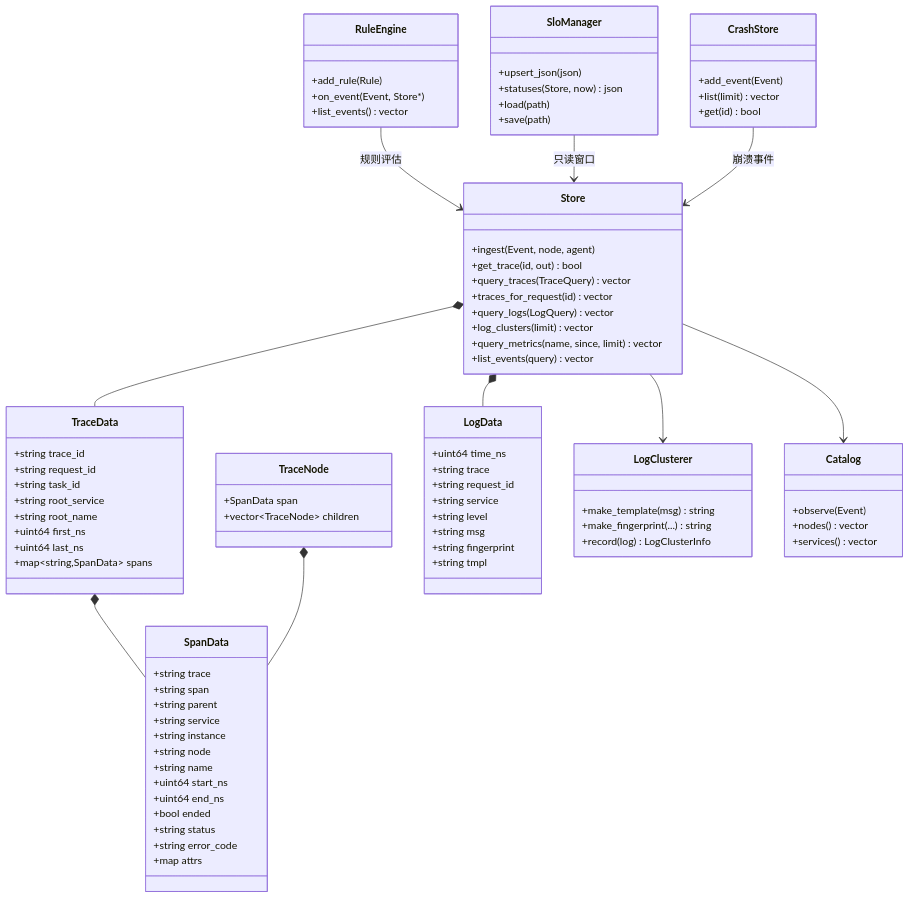
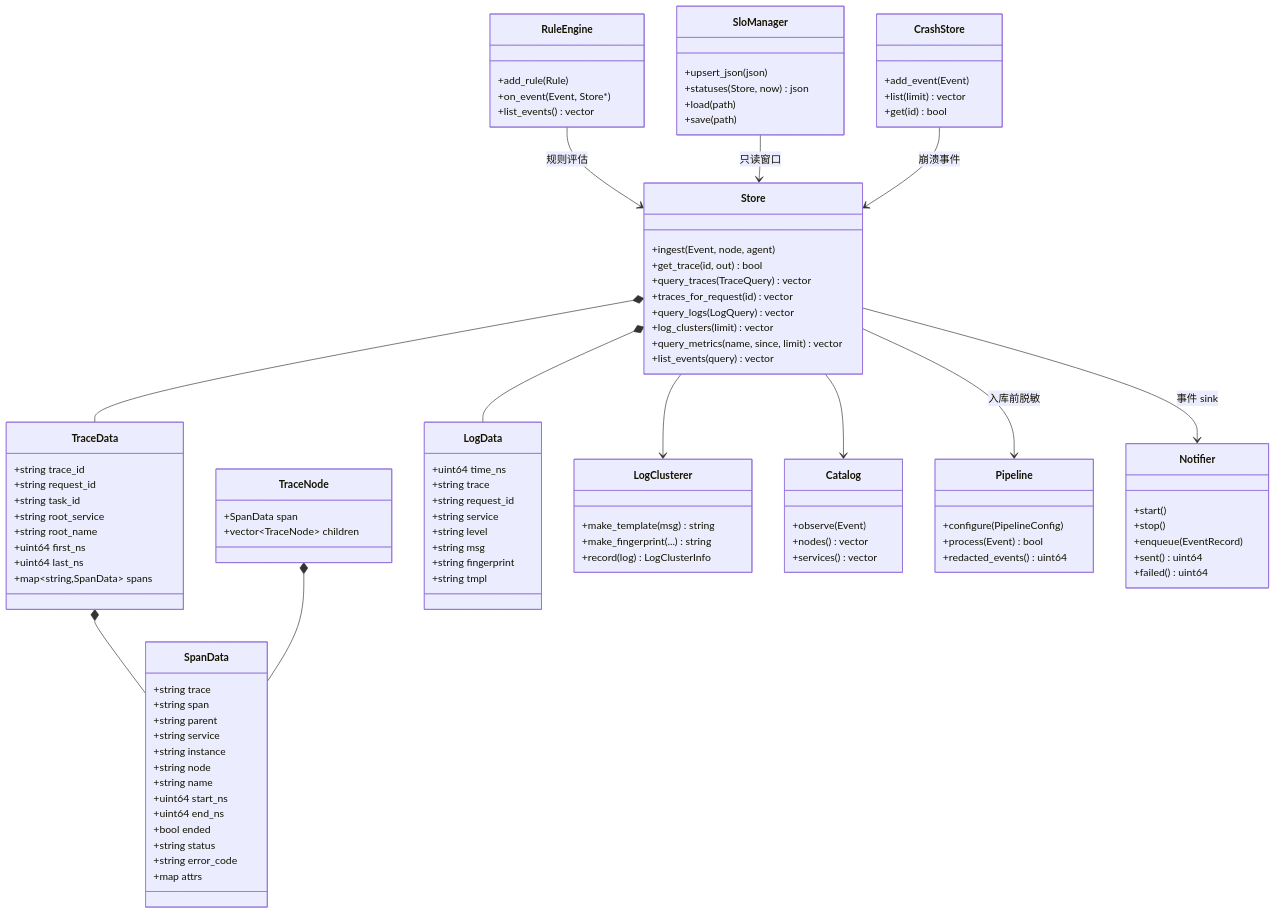
One commit to git163/CplusTrace changed the fourth of 14 diagrams in docs/module-design.md. Above: the diagram before and after it, drawn with Mermaid. The commit also changed other lines of this file and 27 other files, not shown here.

First line of the commit message:
补齐模块设计图、客户端接入与竞品关键能力

````diff
--- a/docs/module-design.md
+++ b/docs/module-design.md
@@ -714,6 +717,18 @@
     +nodes() vector
     +services() vector
   }
+  class Pipeline {
+    +configure(PipelineConfig)
+    +process(Event) bool
+    +redacted_events() uint64
+  }
+  class Notifier {
+    +start()
+    +stop()
+    +enqueue(EventRecord)
+    +sent() uint64
+    +failed() uint64
+  }
 
   Store *-- TraceData
   TraceData *-- SpanData
@@ -724,4 +739,6 @@
   RuleEngine --> Store : 规则评估
   SloManager --> Store : 只读窗口
   CrashStore --> Store : 崩溃事件
+  Store --> Pipeline : 入库前脱敏
+  Store --> Notifier : 事件 sink
 ```
````
